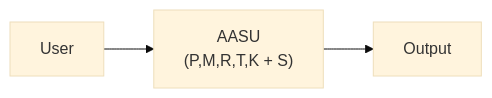
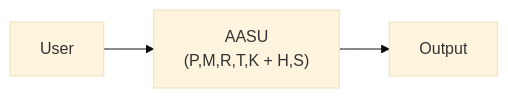
The first of 3 diagrams in README.md (SAISec/AASU), drawn with Mermaid (base theme) before and after one commit. The commit also changed other lines of this file and 16 other files, not shown here.

````diff
--- a/README.md
+++ b/README.md
@@ -42,5 +43,5 @@
 ```mermaid
 flowchart LR
-  User --> AASU["AASU<br/>(P,M,R,T,K + S)"]
+  User --> AASU["AASU<br/>(P,M,R,T,K + H,S)"]
   AASU --> Output
 ```
````
